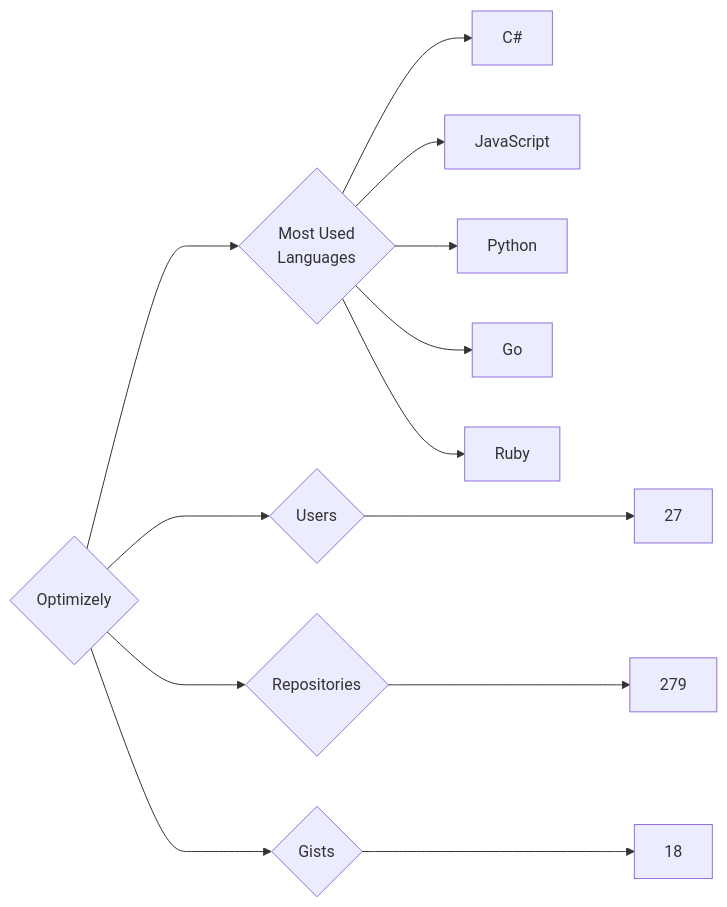
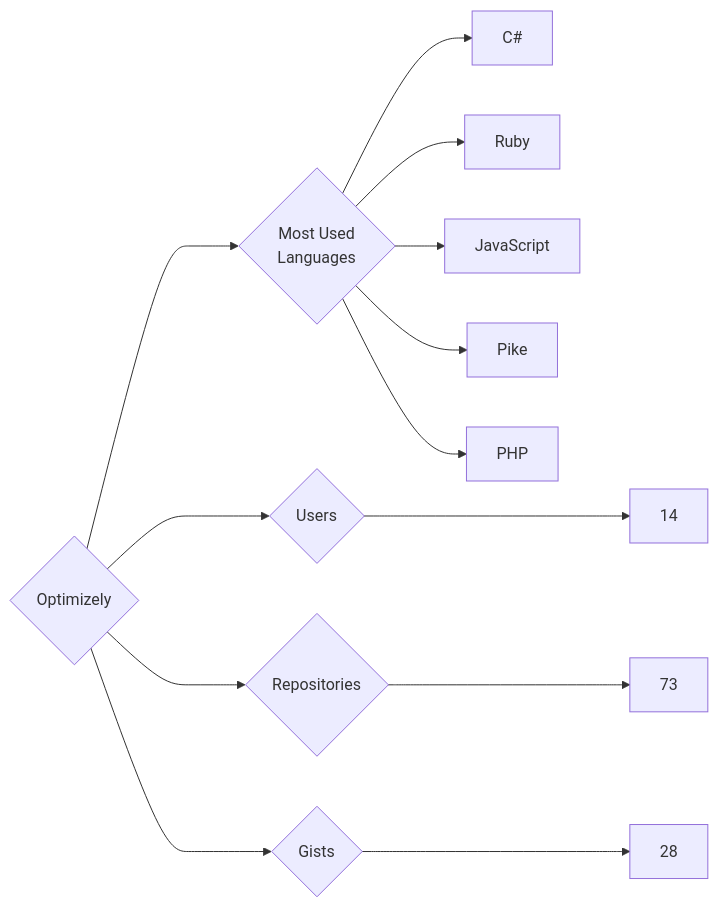
One commit to trickest/insiders changed the diagram in targets/Optimizely/README.md. Above: the diagram before and after it, drawn with Mermaid. The commit also changed 582 other files, not shown here.

````diff
--- a/targets/Optimizely/README.md
+++ b/targets/Optimizely/README.md
@@ -3,13 +3,13 @@
 ```mermaid
 graph LR
 COMPANY_NAME{Optimizely}
-COMPANY_NAME ---> U{Users} ---> UN[27]
-COMPANY_NAME ---> R{Repositories} ---> RN[279]
-COMPANY_NAME ---> G{Gists} ---> GN[18]
+COMPANY_NAME ---> U{Users} ---> UN[14]
+COMPANY_NAME ---> R{Repositories} ---> RN[73]
+COMPANY_NAME ---> G{Gists} ---> GN[28]
 COMPANY_NAME ---> ML{Most Used<br>Languages}
 ML --> C#[C#]
+ML --> Ruby[Ruby]
 ML --> JavaScript[JavaScript]
-ML --> Python[Python]
-ML --> Go[Go]
-ML --> Ruby[Ruby]
+ML --> Pike[Pike]
+ML --> PHP[PHP]
 ```
````
